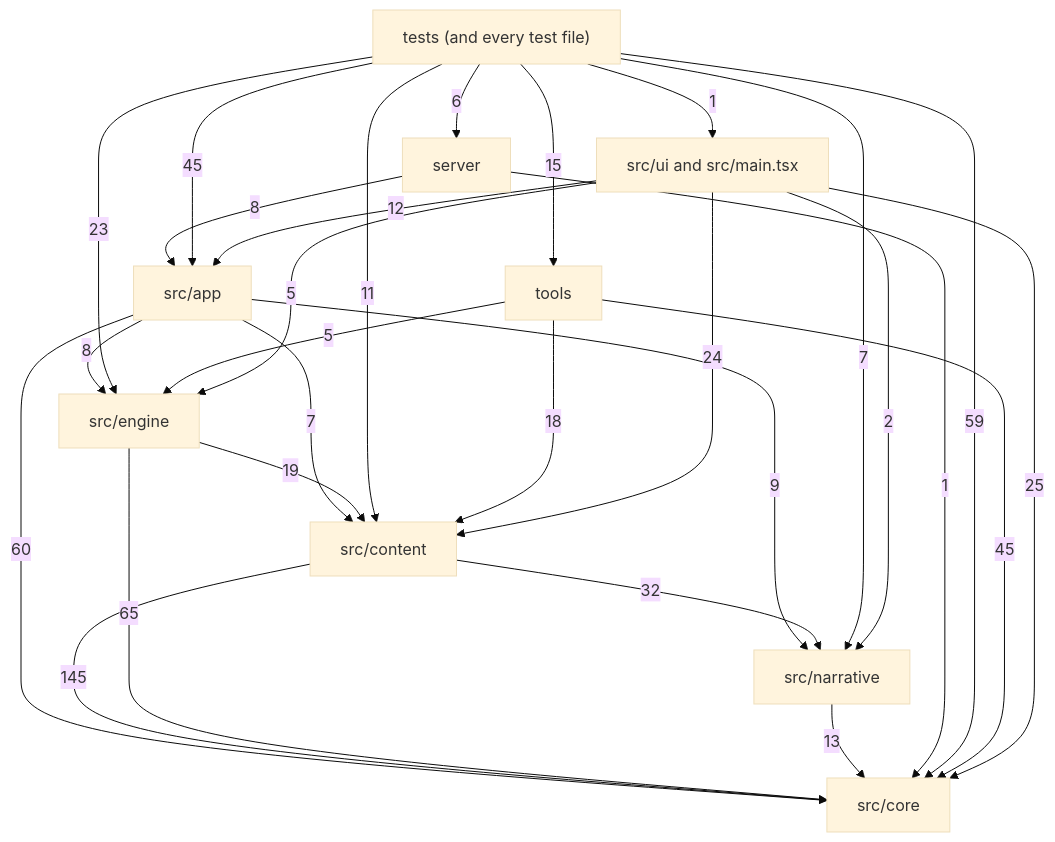
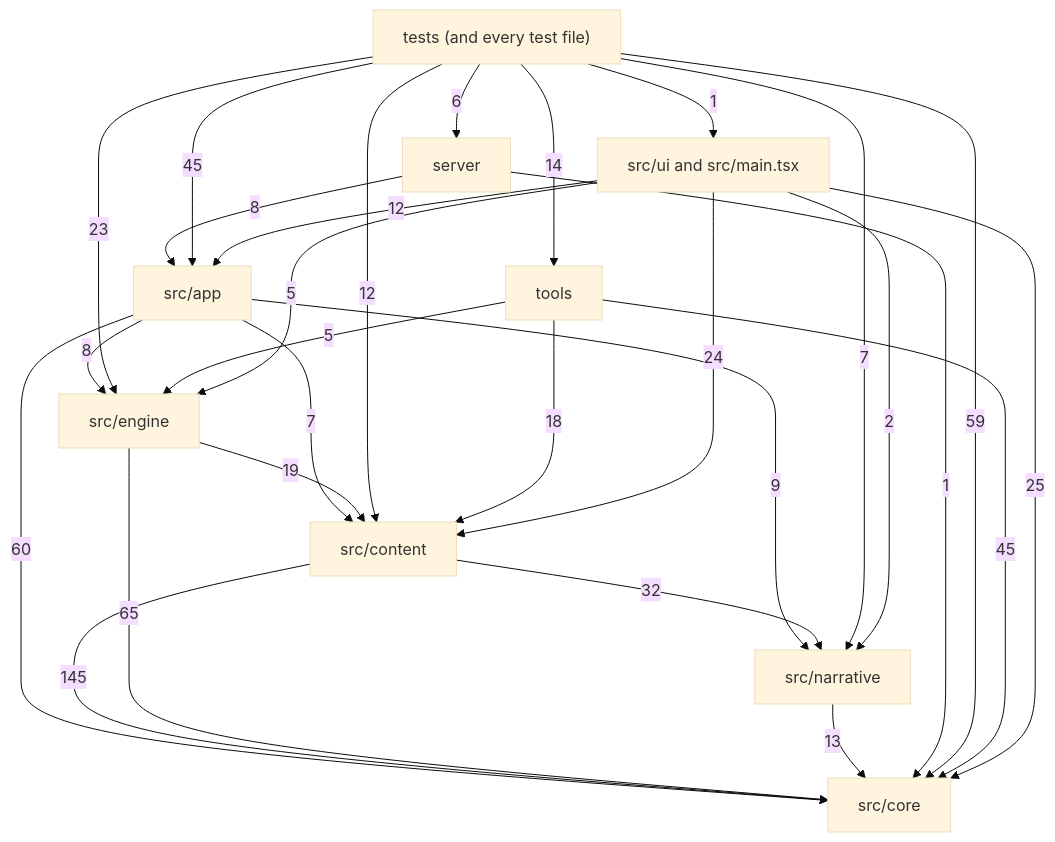
One commit to OrangeB0lt/Cyber-funk changed the diagram in docs/reference/code-map/README.md. Above: the diagram before and after it, drawn with Mermaid (base theme). The commit also changed other lines of this file and 14 other files, not shown here.

````diff
--- a/docs/reference/code-map/README.md
+++ b/docs/reference/code-map/README.md
@@ -29,39 +29,39 @@
 ```mermaid
 flowchart TD
   core["src/core"]
   narrative["src/narrative"]
   content["src/content"]
   engine["src/engine"]
   app["src/app"]
   ui["src/ui and src/main.tsx"]
   server["server"]
   tools["tools"]
   tests["tests (and every test file)"]
   app -->|7| content
   app -->|60| core
   app -->|8| engine
   app -->|9| narrative
   content -->|145| core
   content -->|32| narrative
   engine -->|19| content
   engine -->|65| core
   narrative -->|13| core
   server -->|8| app
   server -->|1| core
   tests -->|45| app
-  tests -->|11| content
+  tests -->|12| content
   tests -->|59| core
   tests -->|23| engine
   tests -->|7| narrative
   tests -->|6| server
-  tests -->|15| tools
+  tests -->|14| tools
   tests -->|1| ui
   tools -->|18| content
   tools -->|45| core
   tools -->|5| engine
   ui -->|12| app
   ui -->|24| content
   ui -->|25| core
   ui -->|5| engine
   ui -->|2| narrative
 ```
````
